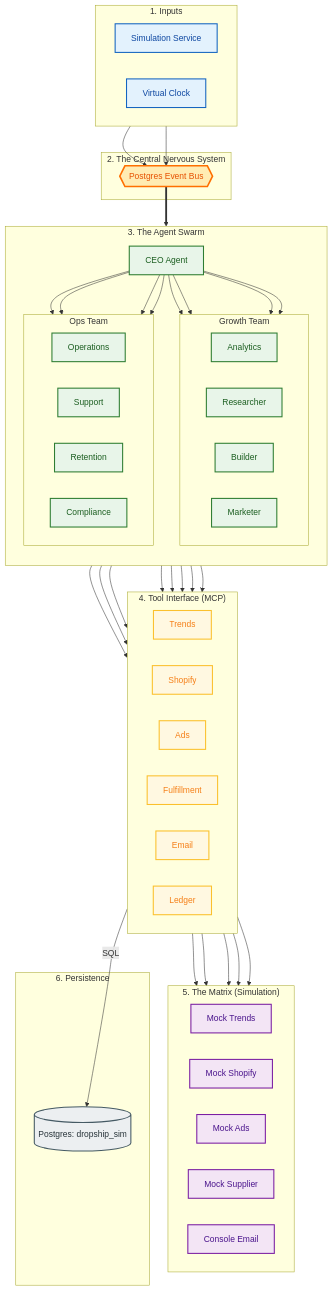
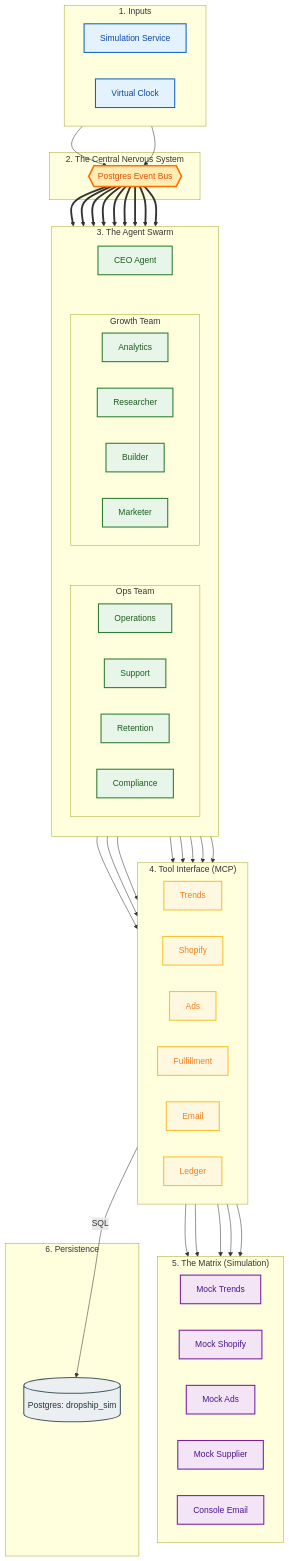
Before and after one commit to andylelli/ds1: the first of 2 diagrams in Documentation/Reference/ENVIRONMENT_SIMULATION_V_LIVE.md, drawn with Mermaid. The commit also changed other lines of this file, not shown here.

```diff
--- a/Documentation/Reference/ENVIRONMENT_SIMULATION_V_LIVE.md
+++ b/Documentation/Reference/ENVIRONMENT_SIMULATION_V_LIVE.md
@@ -92,13 +92,17 @@
     DB[(Postgres: dropship_sim)]:::db
   end
 
-  %% Wiring
+  %% Wiring: Inputs -> Bus
   SimService & Clock --> Bus
+
+  %% Wiring: Bus -> Everyone (Hub & Spoke)
   Bus ==> CEO
-  
-  %% CEO Fan Out
-  CEO --> Analytics & Researcher & Builder & Marketer
-  CEO --> Ops & CS & Retention & Compliance
+  Bus ==> Analytics & Researcher & Builder & Marketer
+  Bus ==> Ops & CS & Retention & Compliance
+
+  %% Visual Hierarchy (No Data Flow)
+  CEO ~~~ Row1
+  Row1 ~~~ Row2
 
   %% Tool Connections
   Researcher --> TrendsTool
```
